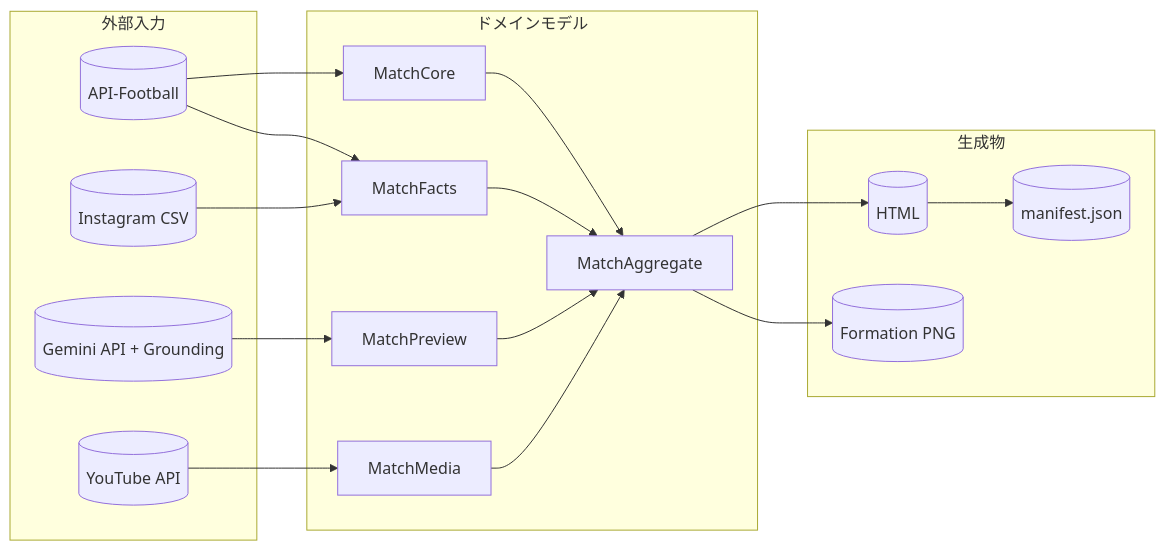
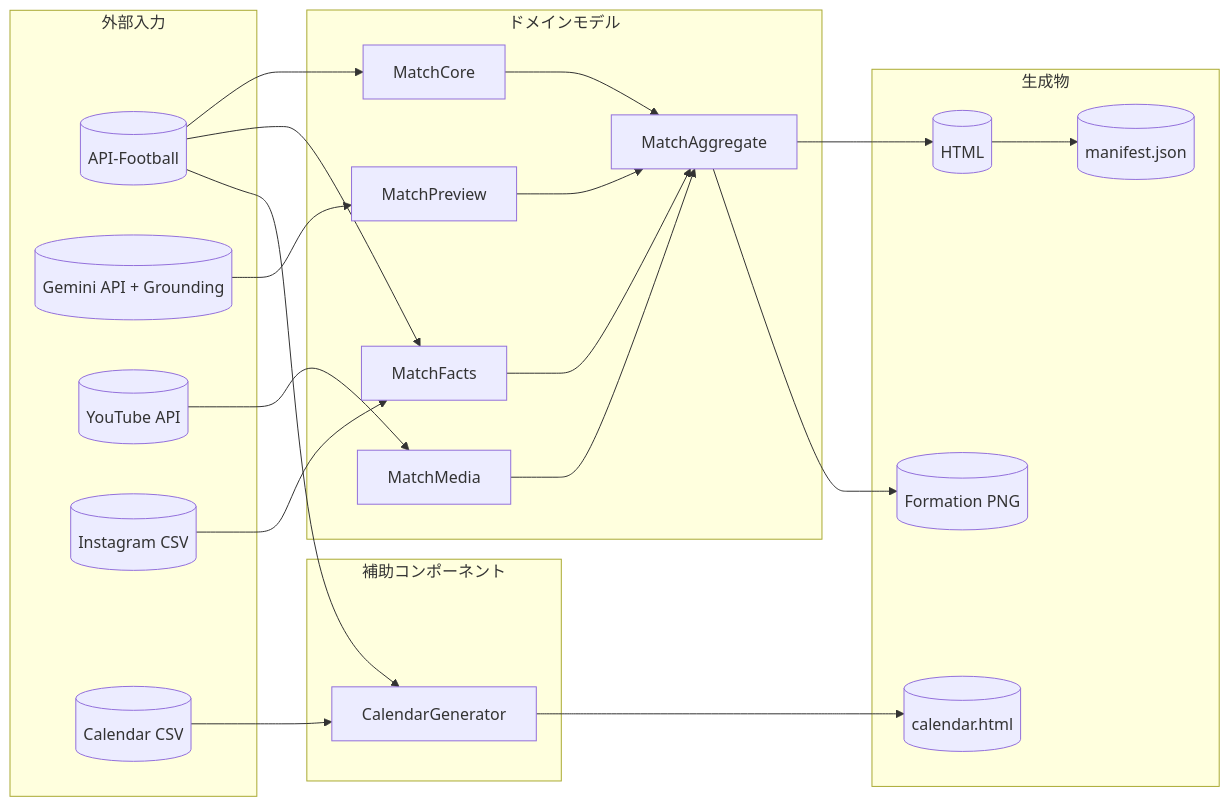
The first of 2 diagrams in docs/02_architecture/data_models.md (igrekplus/football-delay-watching), drawn with Mermaid before and after one commit. The commit also changed other lines of this file and 11 other files, not shown here.

````diff
--- a/docs/02_architecture/data_models.md
+++ b/docs/02_architecture/data_models.md
@@ -13,38 +13,47 @@
 ```mermaid
 flowchart LR
     subgraph Input["外部入力"]
         API[("​API-Football")]
         LLM[("Gemini API + Grounding")]
         YT[("YouTube API")]
         CSV[("Instagram CSV")]
+        CALCSV[("Calendar CSV")]
     end
     
     subgraph Domain["ドメインモデル"]
         MC[MatchCore]
         MF[MatchFacts]
         MP[MatchPreview]
         MM[MatchMedia]
         MA[MatchAggregate]
     end
+
+    subgraph Aux["補助コンポーネント"]
+        CG[CalendarGenerator]
+    end
     
     subgraph Output["生成物"]
         HTML[("HTML")]
+        CAL[("calendar.html")]
         MAN[("manifest.json")]
         IMG[("Formation PNG")]
     end
     
     API --> MC
     API --> MF
     LLM --> MP
     YT --> MM
     CSV --> MF
+    CALCSV --> CG
     
     MC --> MA
     MF --> MA
     MP --> MA
     MM --> MA
-    
+
     MA --> HTML
+    API --> CG
+    CG --> CAL
     HTML --> MAN
     MA --> IMG
 ```
````
